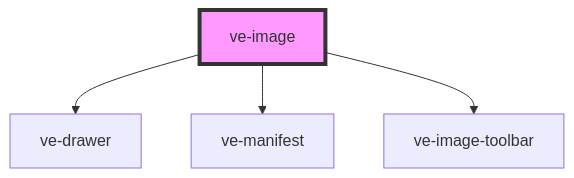
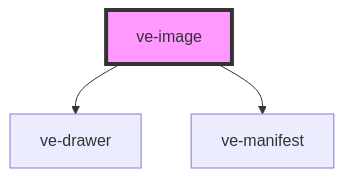
One commit to visual-essays/web-components changed the diagram in src/components/ve-image/readme.md. Above: the diagram before and after it, drawn with Mermaid. The commit also changed other lines of this file and 2 other files, not shown here.

Commit message:
bump npm version

````diff
--- a/src/components/ve-image/readme.md
+++ b/src/components/ve-image/readme.md
@@ -37,7 +36,6 @@
 ```mermaid
 graph TD;
   ve-image --> ve-drawer
   ve-image --> ve-manifest
-  ve-image --> ve-image-toolbar
   style ve-image fill:#f9f,stroke:#333,stroke-width:4px
 ```
````
